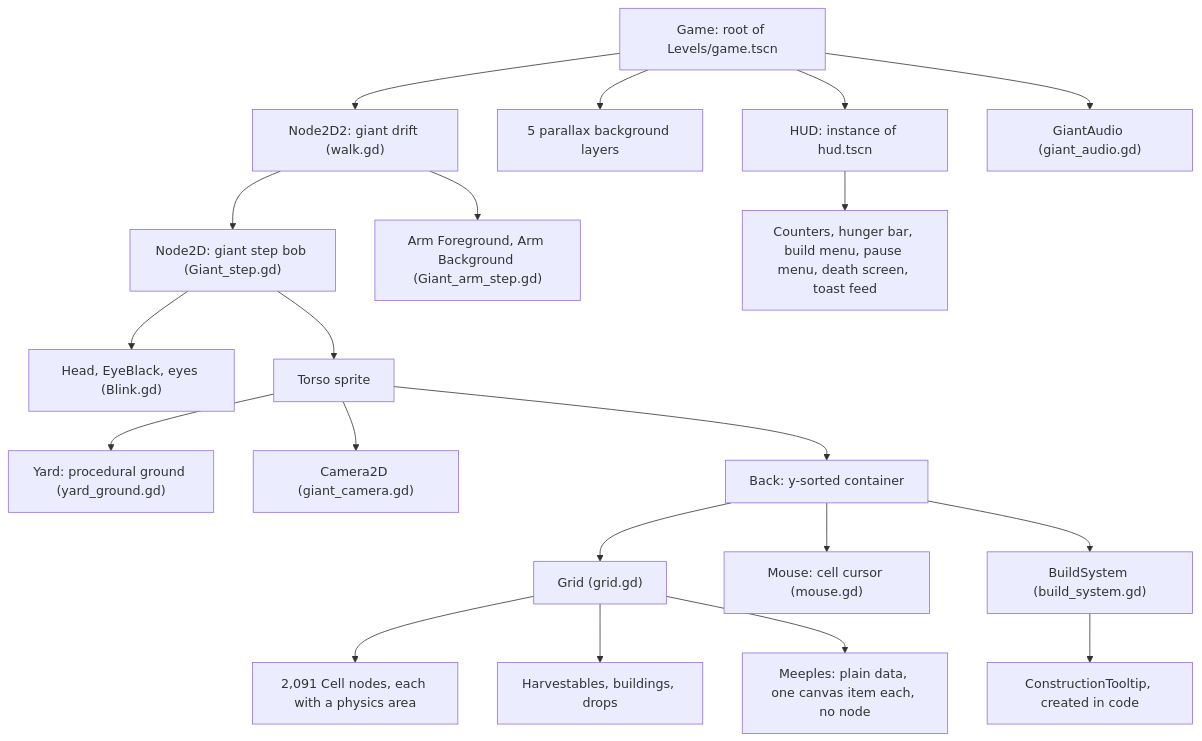
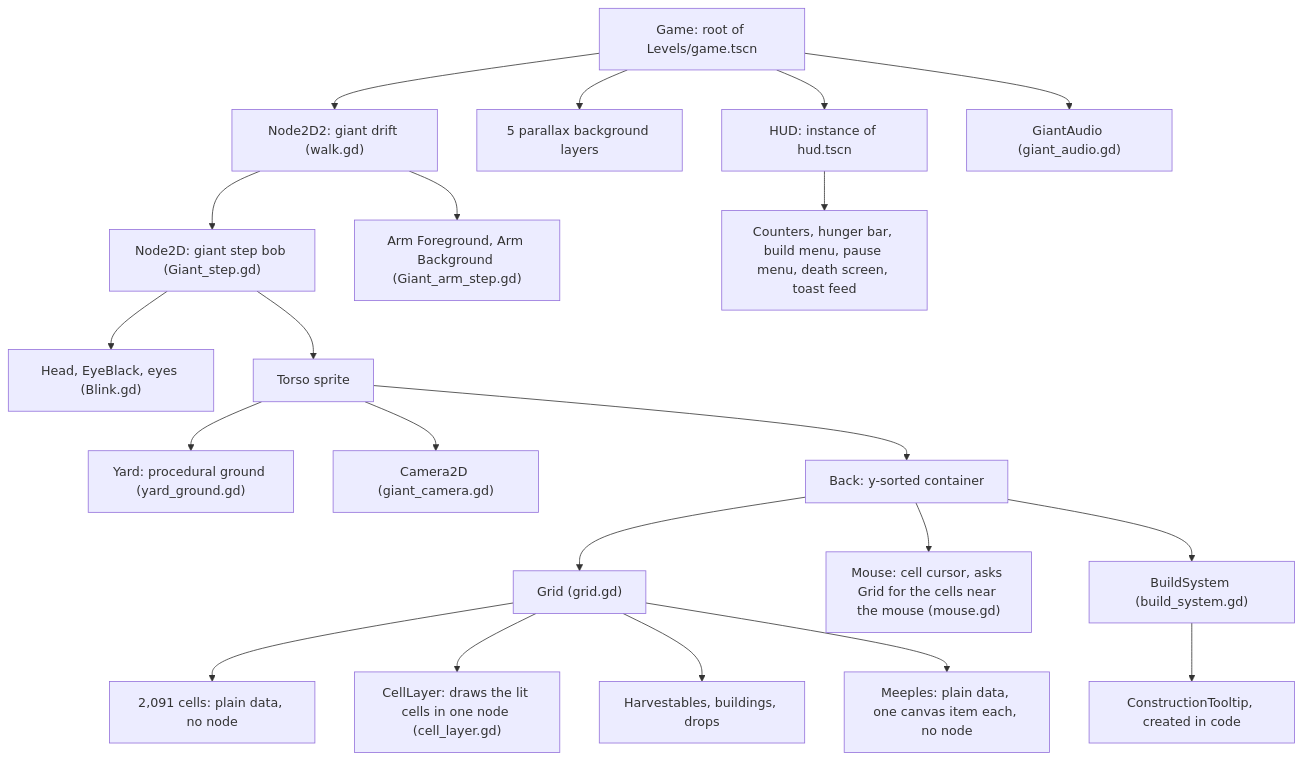
Before and after one commit to Liam-M-Mays/game-jam-2026: the third of 10 diagrams in docs/architecture.md, drawn with Mermaid. The commit also changed other lines of this file and 10 other files, not shown here.

First line of the commit message:
Make cells plain data drawn by one node under Grid

````diff
--- a/docs/architecture.md
+++ b/docs/architecture.md
@@ -136,43 +136,45 @@
 ```mermaid
 flowchart TD
     game["Game: root of Levels/game.tscn"]
     walk["Node2D2: giant drift (walk.gd)"]
     step["Node2D: giant step bob (Giant_step.gd)"]
     head["Head, EyeBlack, eyes (Blink.gd)"]
     arms["Arm Foreground, Arm Background (Giant_arm_step.gd)"]
     torso["Torso sprite"]
     yard["Yard: procedural ground (yard_ground.gd)"]
     camera["Camera2D (giant_camera.gd)"]
     back["Back: y-sorted container"]
     grid["Grid (grid.gd)"]
-    cells["2,091 Cell nodes, each with a physics area"]
+    cells["2,091 cells: plain data, no node"]
+    cellLayer["CellLayer: draws the lit cells in one node (cell_layer.gd)"]
     objects["Harvestables, buildings, drops"]
     meeples["Meeples: plain data, one canvas item each, no node"]
-    cursor["Mouse: cell cursor (mouse.gd)"]
+    cursor["Mouse: cell cursor, asks Grid for the cells near the mouse (mouse.gd)"]
     buildSystem["BuildSystem (build_system.gd)"]
     tooltip["ConstructionTooltip, created in code"]
     parallax["5 parallax background layers"]
     hud["HUD: instance of hud.tscn"]
     hudKids["Counters, hunger bar, build menu, pause menu, death screen, toast feed"]
     giantAudio["GiantAudio (giant_audio.gd)"]
 
     game --> walk
     walk --> step
     walk --> arms
     step --> head
     step --> torso
     torso --> yard
     torso --> camera
     torso --> back
     back --> grid
     back --> cursor
     back --> buildSystem
     grid --> cells
+    grid --> cellLayer
     grid --> objects
     grid --> meeples
     buildSystem --> tooltip
     game --> parallax
     game --> hud
     hud --> hudKids
     game --> giantAudio
 ```
````
